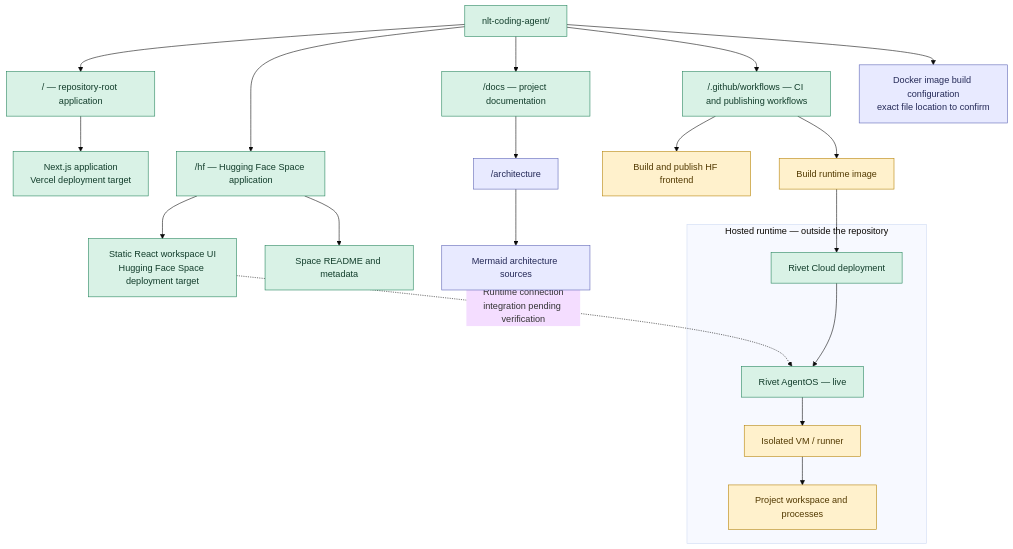
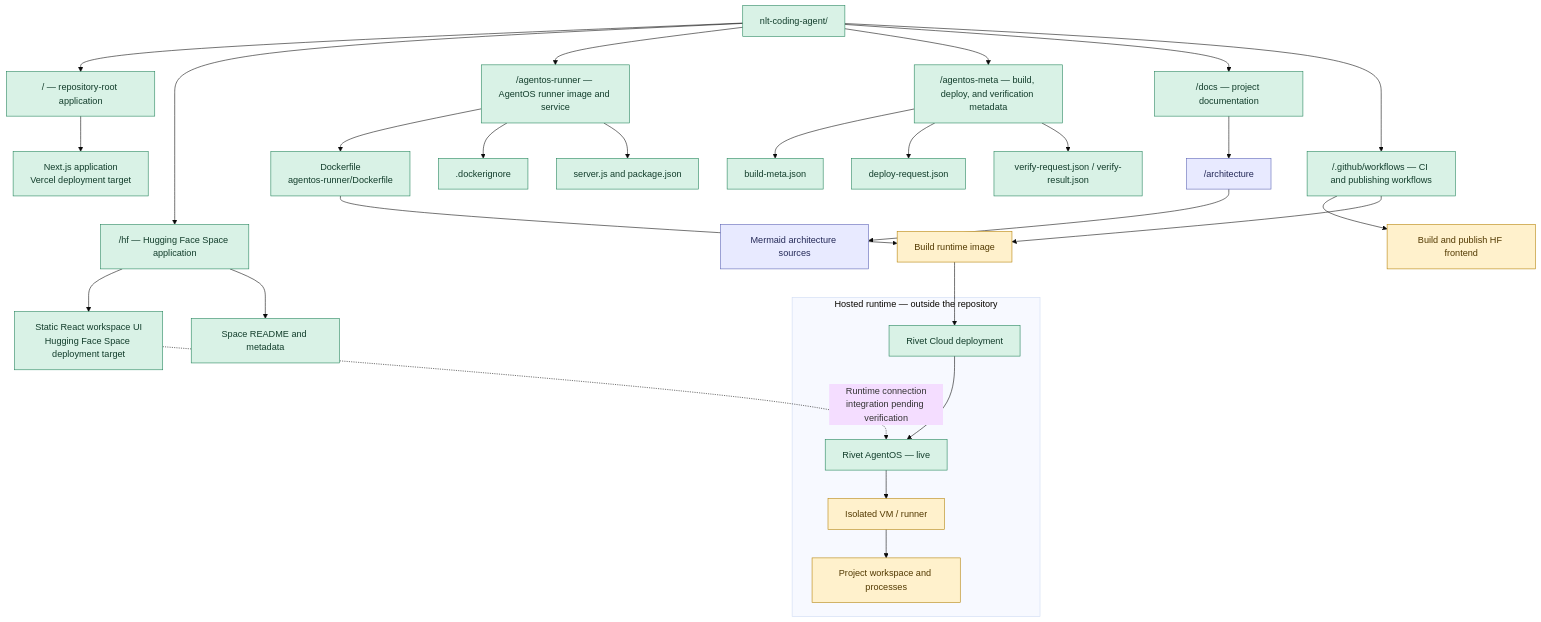
Before and after one commit to NeuroLift-Technologies/nlt-coding-agent: the diagram in docs/architecture/repository-structure.mmd, drawn with Mermaid (base theme).

Commit message:
docs: locate AgentOS runner Dockerfile in architecture diagram

```diff
--- a/docs/architecture/repository-structure.mmd
+++ b/docs/architecture/repository-structure.mmd
@@ -1,34 +1,42 @@
 flowchart TB
   Root["nlt-coding-agent/"]
 
   Root --> RootApp["/ — repository-root application"]
   Root --> HF["/hf — Hugging Face Space application"]
+  Root --> AgentOSRunner["/agentos-runner — AgentOS runner image and service"]
+  Root --> AgentOSMeta["/agentos-meta — build, deploy, and verification metadata"]
   Root --> Docs["/docs — project documentation"]
   Root --> Workflows["/.github/workflows — CI and publishing workflows"]
-  Root --> DockerBuild["Docker image build configuration<br/>exact file location to confirm"]
 
   RootApp --> Next["Next.js application<br/>Vercel deployment target"]
   HF --> Static["Static React workspace UI<br/>Hugging Face Space deployment target"]
   HF --> Metadata["Space README and metadata"]
+  AgentOSRunner --> Dockerfile["Dockerfile<br/>agentos-runner/Dockerfile"]
+  AgentOSRunner --> Ignore[".dockerignore"]
+  AgentOSRunner --> RunnerService["server.js and package.json"]
+  AgentOSMeta --> BuildMeta["build-meta.json"]
+  AgentOSMeta --> DeployMeta["deploy-request.json"]
+  AgentOSMeta --> VerifyMeta["verify-request.json / verify-result.json"]
   Docs --> Architecture["/architecture"]
   Architecture --> Diagrams["Mermaid architecture sources"]
   Workflows --> HFPipeline["Build and publish HF frontend"]
   Workflows --> ImagePipeline["Build runtime image"]
 
   subgraph HostedRuntime["Hosted runtime — outside the repository"]
     Rivet["Rivet Cloud deployment"]
     AgentOS["Rivet AgentOS — live"]
     VM["Isolated VM / runner"]
     Workspace["Project workspace and processes"]
     Rivet --> AgentOS --> VM --> Workspace
   end
 
+  Dockerfile --> ImagePipeline
   ImagePipeline --> Rivet
   Static -. "Runtime connection<br/>integration pending verification" .-> AgentOS
 
   classDef confirmed fill:#d9f2e6,stroke:#23845b,color:#123d2b
   classDef pending fill:#fff1cc,stroke:#b58105,color:#523900
   classDef proposed fill:#e8eaff,stroke:#5b63b5,color:#242957
-  class Root,RootApp,HF,Docs,Workflows,Next,Static,Metadata,Rivet,AgentOS confirmed
+  class Root,RootApp,HF,AgentOSRunner,AgentOSMeta,Docs,Workflows,Next,Static,Metadata,Dockerfile,Ignore,RunnerService,BuildMeta,DeployMeta,VerifyMeta,Rivet,AgentOS confirmed
   class VM,Workspace,ImagePipeline,HFPipeline pending
-  class DockerBuild,Architecture,Diagrams proposed
+  class Architecture,Diagrams proposed
```
